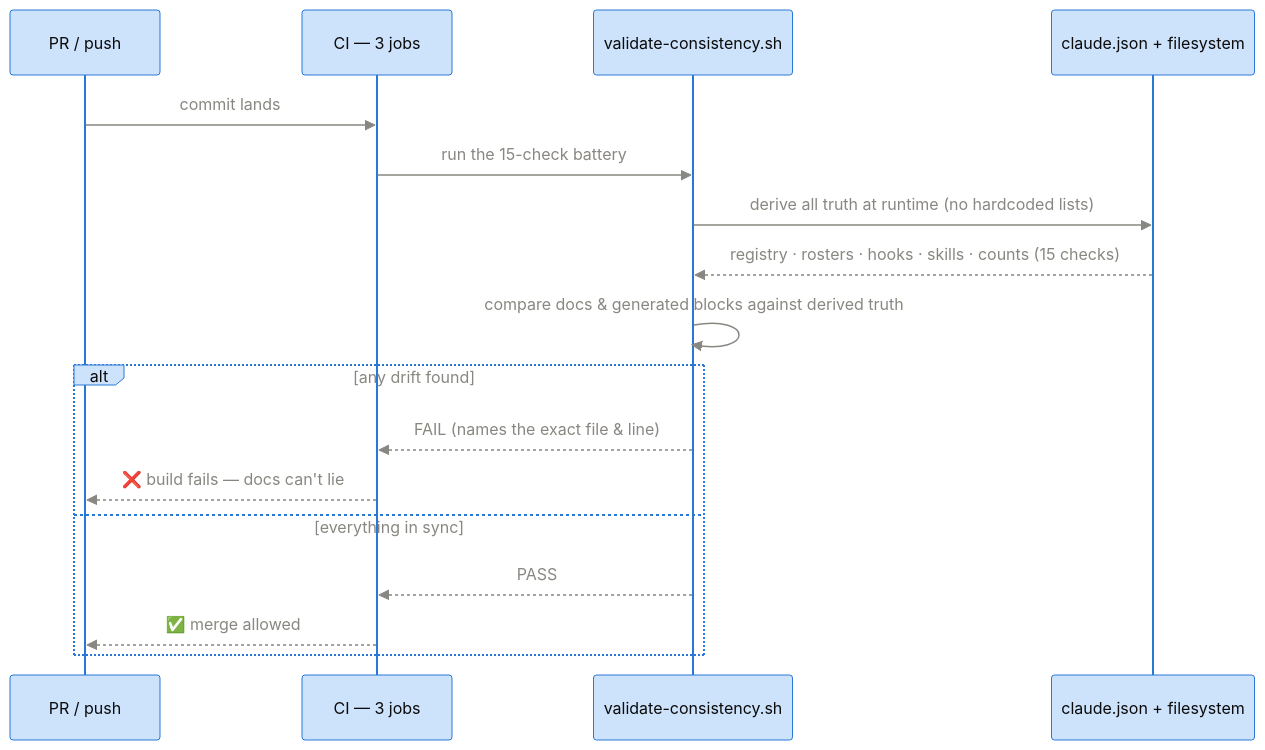
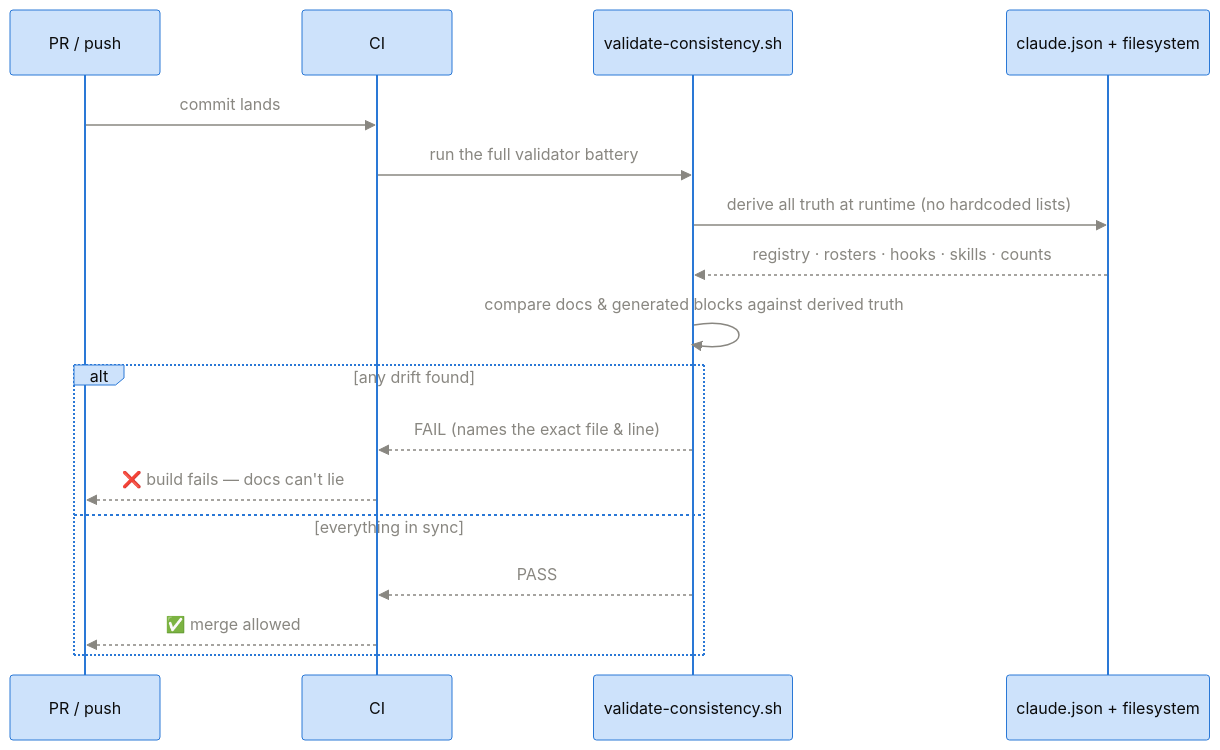
Before and after one commit to tomas-rampas/agentic-framework: the ninth of 9 diagrams in docs/team-presentation.md, drawn with Mermaid. The commit also changed 4 other files, not shown here.

````diff
--- a/docs/team-presentation.md
+++ b/docs/team-presentation.md
@@ -280,21 +280,21 @@
 ```mermaid
 %%{init: {"theme": "base", "themeVariables": {"background": "transparent", "actorBkg": "#cde2fb", "actorBorder": "#2a78d6", "actorTextColor": "#0b0b0b", "signalColor": "#898781", "signalTextColor": "#898781", "loopTextColor": "#898781", "labelBoxBkgColor": "#cde2fb", "labelBoxBorderColor": "#2a78d6", "labelTextColor": "#0b0b0b", "noteBkgColor": "#fdeec9", "noteBorderColor": "#eda100", "noteTextColor": "#0b0b0b"}}}%%
 sequenceDiagram
     participant PR as PR / push
-    participant CI as CI — 3 jobs
+    participant CI as CI
     participant V as validate-consistency.sh
     participant SOT as claude.json + filesystem
 
     PR->>CI: commit lands
-    CI->>V: run the 15-check battery
+    CI->>V: run the full validator battery
     V->>SOT: derive all truth at runtime (no hardcoded lists)
-    SOT-->>V: registry · rosters · hooks · skills · counts (15 checks)
+    SOT-->>V: registry · rosters · hooks · skills · counts
     V->>V: compare docs & generated blocks against derived truth
     alt any drift found
         V-->>CI: FAIL (names the exact file & line)
         CI-->>PR: ❌ build fails — docs can't lie
     else everything in sync
         V-->>CI: PASS
         CI-->>PR: ✅ merge allowed
     end
 ```
````
